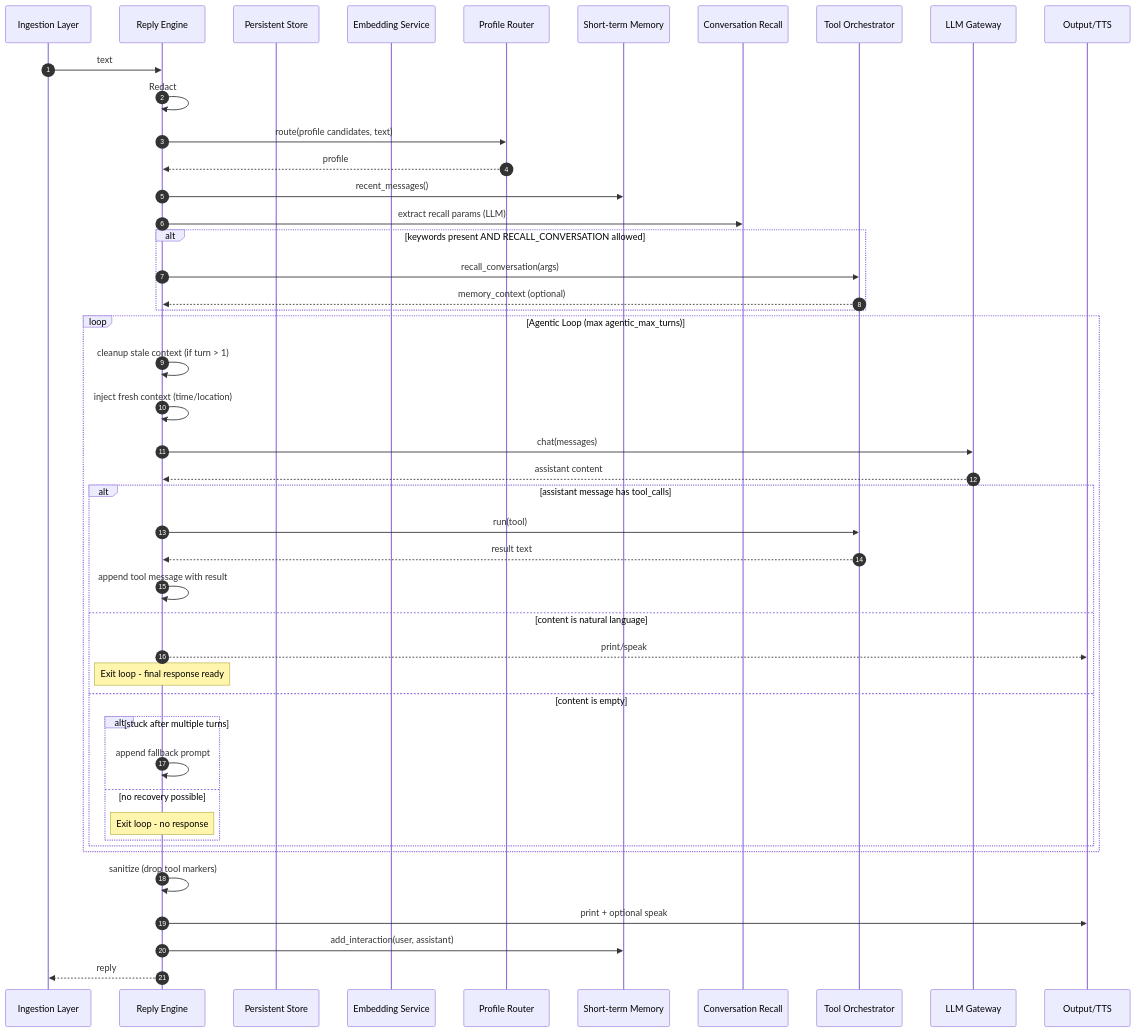
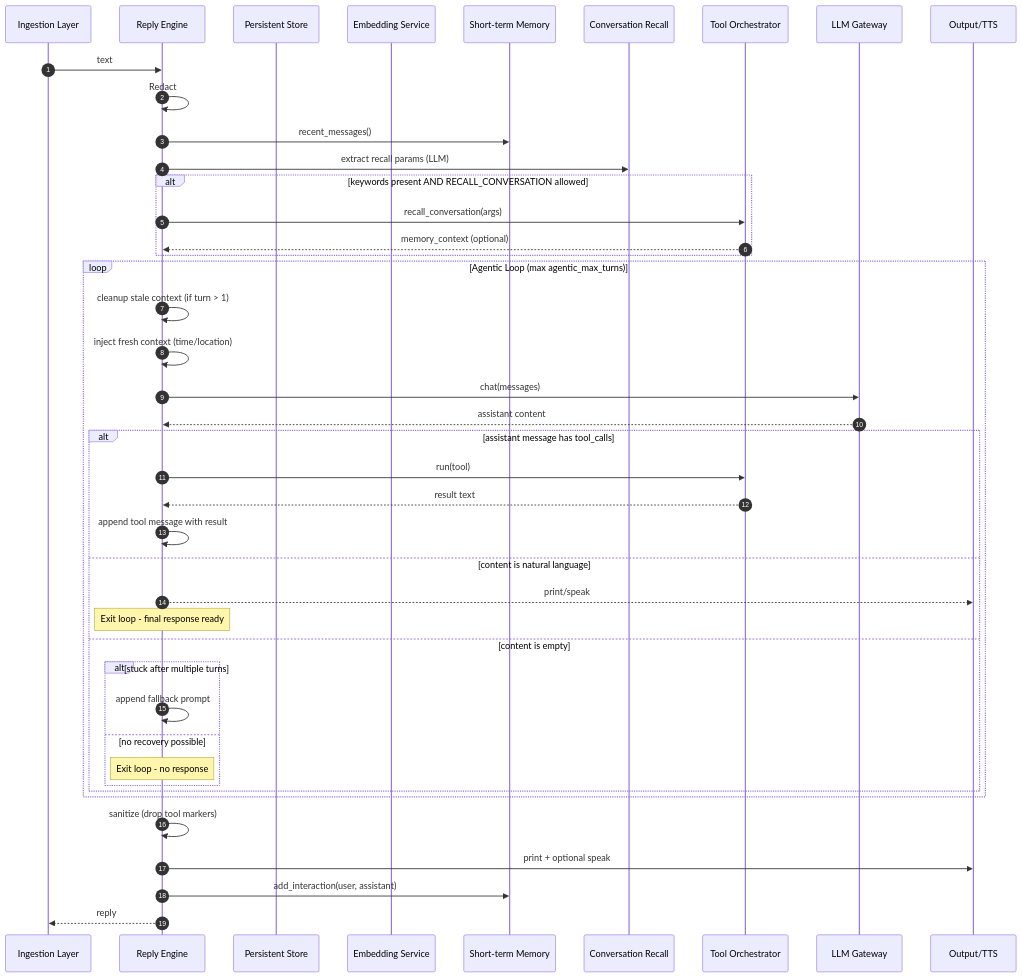
The diagram in src/jarvis/reply/reply.spec.md (isair/jarvis), drawn with Mermaid before and after one commit. The commit also changed other lines of this file and 16 other files, not shown here.

````diff
--- a/src/jarvis/reply/reply.spec.md
+++ b/src/jarvis/reply/reply.spec.md
@@ -124,52 +121,49 @@
 ```mermaid
 sequenceDiagram
   autonumber
   participant Caller as Ingestion Layer
   participant Engine as Reply Engine
   participant Store as Persistent Store
   participant Emb as Embedding Service
-  participant Router as Profile Router
   participant ShortMem as Short-term Memory
   participant Recall as Conversation Recall
   participant Tools as Tool Orchestrator
   participant LLM as LLM Gateway
   participant Out as Output/TTS
 
   Caller->>Engine: text
   Engine->>Engine: Redact
-  Engine->>Router: route(profile candidates, text)
-  Router-->>Engine: profile
   Engine->>ShortMem: recent_messages()
   Engine->>Recall: extract recall params (LLM)
   alt keywords present AND RECALL_CONVERSATION allowed
     Engine->>Tools: recall_conversation(args)
     Tools-->>Engine: memory_context (optional)
   end
   
   loop Agentic Loop (max agentic_max_turns)
     Engine->>Engine: cleanup stale context (if turn > 1)
     Engine->>Engine: inject fresh context (time/location)
     Engine->>LLM: chat(messages)
     LLM-->>Engine: assistant content
     
     alt assistant message has tool_calls
       Engine->>Tools: run(tool)
       Tools-->>Engine: result text
       Engine->>Engine: append tool message with result
     else content is natural language
       Engine-->>Out: print/speak
       Note over Engine: Exit loop - final response ready
     else content is empty
       alt stuck after multiple turns
         Engine->>Engine: append fallback prompt
       else no recovery possible
         Note over Engine: Exit loop - no response
       end
     end
   end
   
   Engine->>Engine: sanitize (drop tool markers)
   Engine->>Out: print + optional speak
   Engine->>ShortMem: add_interaction(user, assistant)
   Engine-->>Caller: reply
 ```
````
